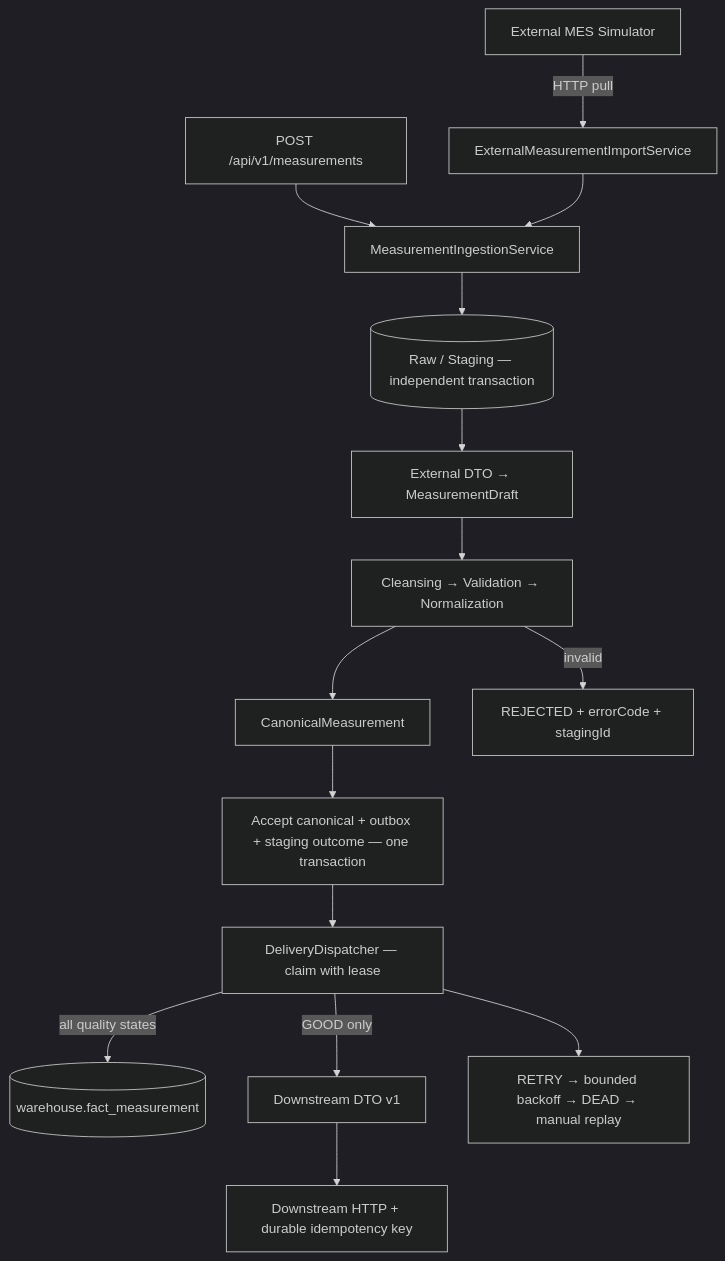
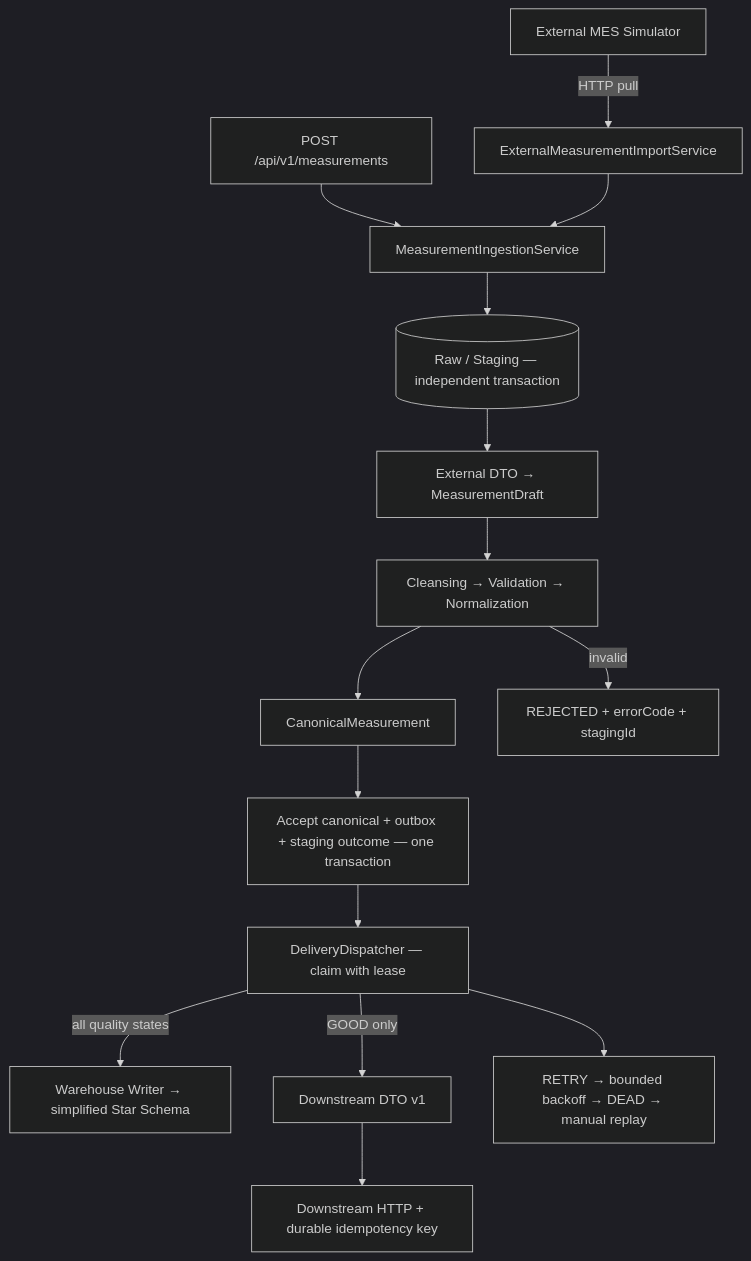
Before and after one commit to xuping68/FactoryBridge-Manufacturing-Data-Integration-Middleware: the first of 2 diagrams in README.md, drawn with Mermaid (dark theme). The commit also changed other lines of this file and 11 other files, not shown here.

First line of the commit message:
feat(warehouse): add equipment and date star schema without losing V1 data

````diff
--- a/README.md
+++ b/README.md
@@ -33,17 +33,17 @@
 ```mermaid
 flowchart TD
     MES[External MES Simulator] -->|HTTP pull| Import[ExternalMeasurementImportService]
     Push[POST /api/v1/measurements] --> Ingest[MeasurementIngestionService]
     Import --> Ingest
     Ingest --> Raw[(Raw / Staging — independent transaction)]
     Raw --> Decode[External DTO → MeasurementDraft]
     Decode --> Normalize[Cleansing → Validation → Normalization]
     Normalize --> Canonical[CanonicalMeasurement]
     Normalize -->|invalid| Rejected[REJECTED + errorCode + stagingId]
     Canonical --> Accept[Accept canonical + outbox + staging outcome — one transaction]
     Accept --> Worker[DeliveryDispatcher — claim with lease]
-    Worker -->|all quality states| DWH[(warehouse.fact_measurement)]
+    Worker -->|all quality states| DWH[Warehouse Writer → simplified Star Schema]
     Worker -->|GOOD only| Transform[Downstream DTO v1]
     Transform --> Downstream[Downstream HTTP + durable idempotency key]
     Worker --> Retry[RETRY → bounded backoff → DEAD → manual replay]
 ```
````
